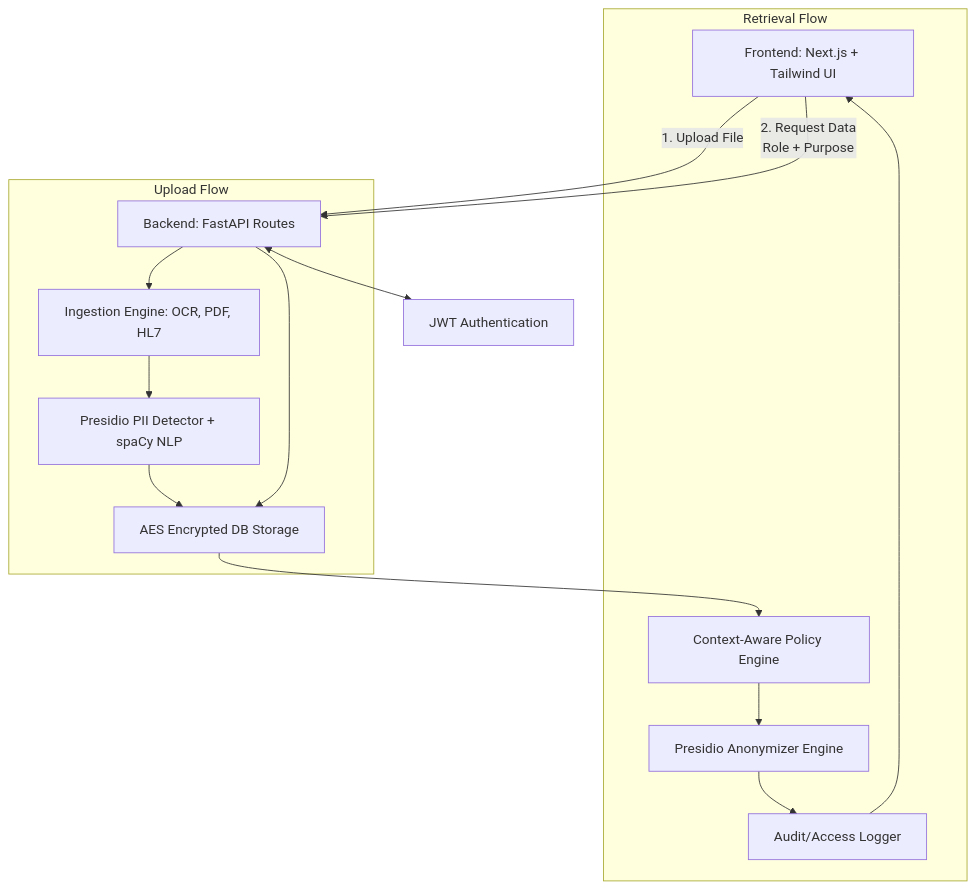
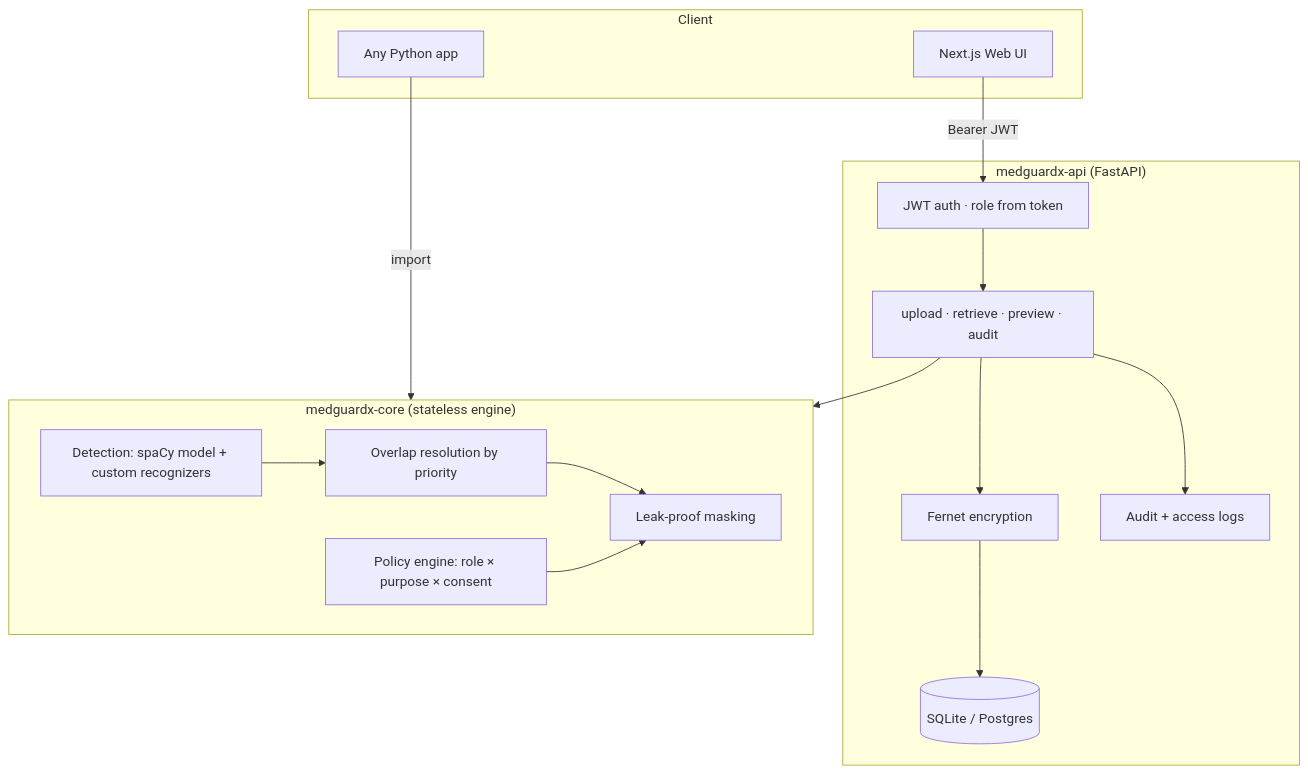
The first of 2 diagrams in README.md (adarshcod30/MedGuardX), drawn with Mermaid before and after one commit. The commit also changed other lines of this file and 87 other files, not shown here.

First line of the commit message:
Rebuild MedGuardX into a monorepo with a reusable engine and hardened service

````diff
--- a/README.md
+++ b/README.md
@@ -145,30 +64,31 @@
 ```mermaid
-graph TD
-    UI[Frontend: Next.js + Tailwind UI]
-    API[Backend: FastAPI Routes]
-    Auth[JWT Authentication]
-    Ingest[Ingestion Engine: OCR, PDF, HL7]
-    PII[Presidio PII Detector + spaCy NLP]
-    StorageLayer[AES Encrypted DB Storage]
-    Policy[Context-Aware Policy Engine]
-    Mask[Presidio Anonymizer Engine]
-    Audit[Audit/Access Logger]
+flowchart TD
+    subgraph Client
+      WEB[Next.js Web UI]
+      SDK[Any Python app]
+    end
 
-    UI -->|1. Upload File| API
-    UI -->|2. Request Data \nRole + Purpose| API
-    API <--> Auth
-    
-    subgraph "Upload Flow"
-    API --> Ingest
-    Ingest --> PII
-    PII --> StorageLayer
+    subgraph Service["medguardx-api (FastAPI)"]
+      AUTH[JWT auth · role from token]
+      ROUTES[upload · retrieve · preview · audit]
+      ENC[Fernet encryption]
+      STORE[(SQLite / Postgres)]
+      AUDIT[Audit + access logs]
     end
-    
-    subgraph "Retrieval Flow"
-    API --> StorageLayer
-    StorageLayer --> Policy
-    Policy --> Mask
-    Mask --> Audit
-    Audit --> UI
+
+    subgraph Core["medguardx-core (stateless engine)"]
+      DET[Detection: spaCy model + custom recognizers]
+      OVL[Overlap resolution by priority]
+      POL[Policy engine: role × purpose × consent]
+      MASK[Leak-proof masking]
     end
+
+    WEB -->|Bearer JWT| AUTH
+    AUTH --> ROUTES
+    ROUTES --> ENC --> STORE
+    ROUTES --> AUDIT
+    ROUTES --> Core
+    SDK -->|import| Core
+    DET --> OVL --> MASK
+    POL --> MASK
 ```
````
